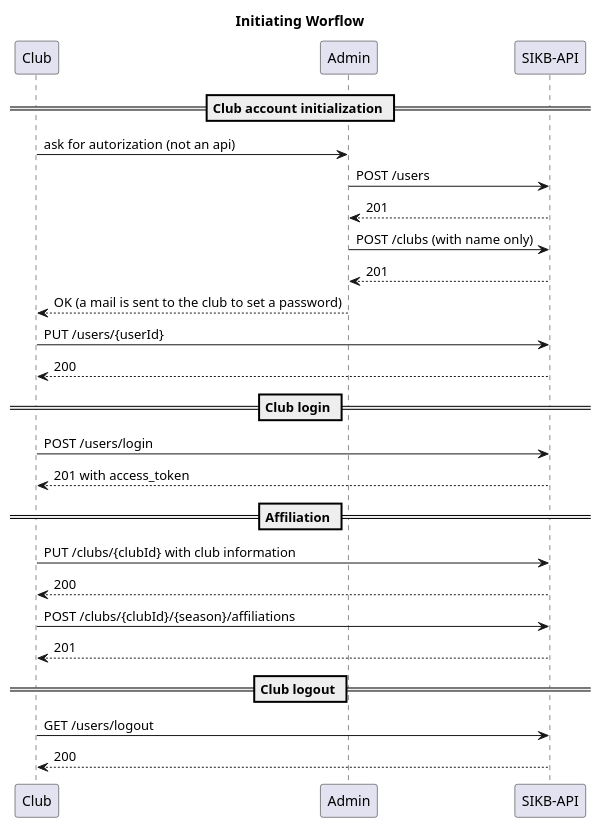
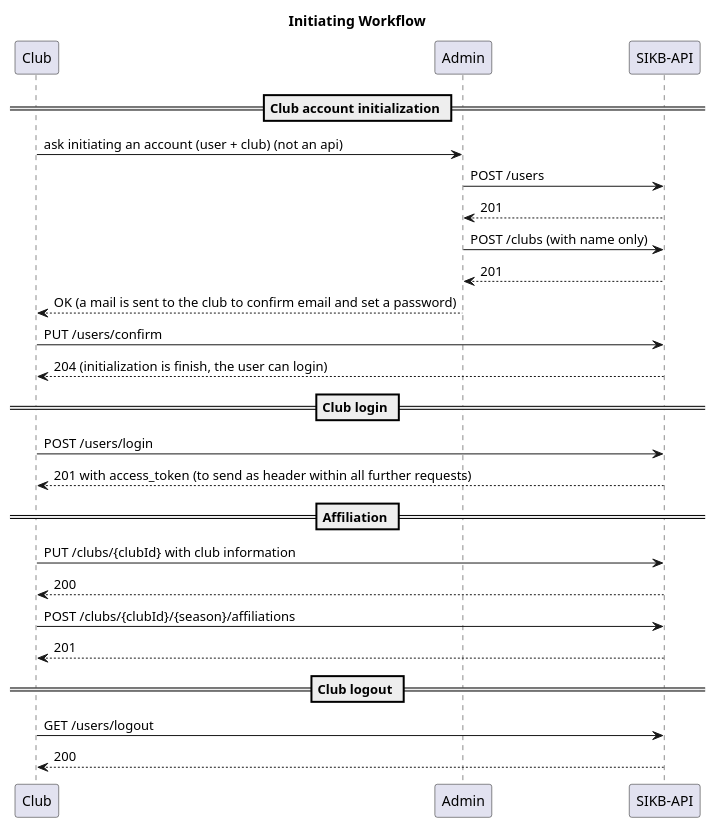
Before and after one commit to alexeil/sikb-api: the diagram in doc/schema/worfklows.plantuml, drawn with PlantUML. The commit also changed 12 other files, not shown here.

```diff
--- a/doc/schema/worfklows.plantuml
+++ b/doc/schema/worfklows.plantuml
@@ -1,32 +1,32 @@
 @startuml
-title Initiating Worflow
+title Initiating Workflow
  
 participant "Club" as club
 participant "Admin" as admin
 participant "SIKB-API" as api 
 
 == Club account initialization ==
-club -> admin : ask for autorization (not an api)
+club -> admin : ask initiating an account (user + club) (not an api)
 admin -> api : POST /users
 admin <-- api : 201
 admin -> api : POST /clubs (with name only)
 admin <-- api : 201
-club <-- admin : OK (a mail is sent to the club to set a password)
-club -> api : PUT /users/{userId}
-club <-- api : 200
+club <-- admin : OK (a mail is sent to the club to confirm email and set a password)
+club -> api : PUT /users/confirm
+club <-- api : 204 (initialization is finish, the user can login)
 
 == Club login ==
 club -> api : POST /users/login
-club <-- api : 201 with access_token
+club <-- api : 201 with access_token (to send as header within all further requests)
 
 == Affiliation ==
 club -> api : PUT /clubs/{clubId} with club information
 club <-- api : 200
 club -> api : POST /clubs/{clubId}/{season}/affiliations
 club <-- api : 201
 
 == Club logout ==
 club -> api : GET /users/logout
 club <-- api : 200
 
 @enduml
```
